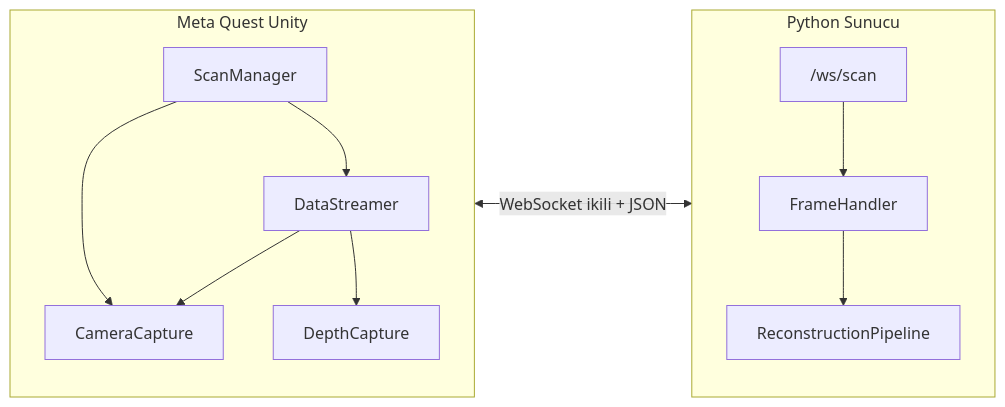
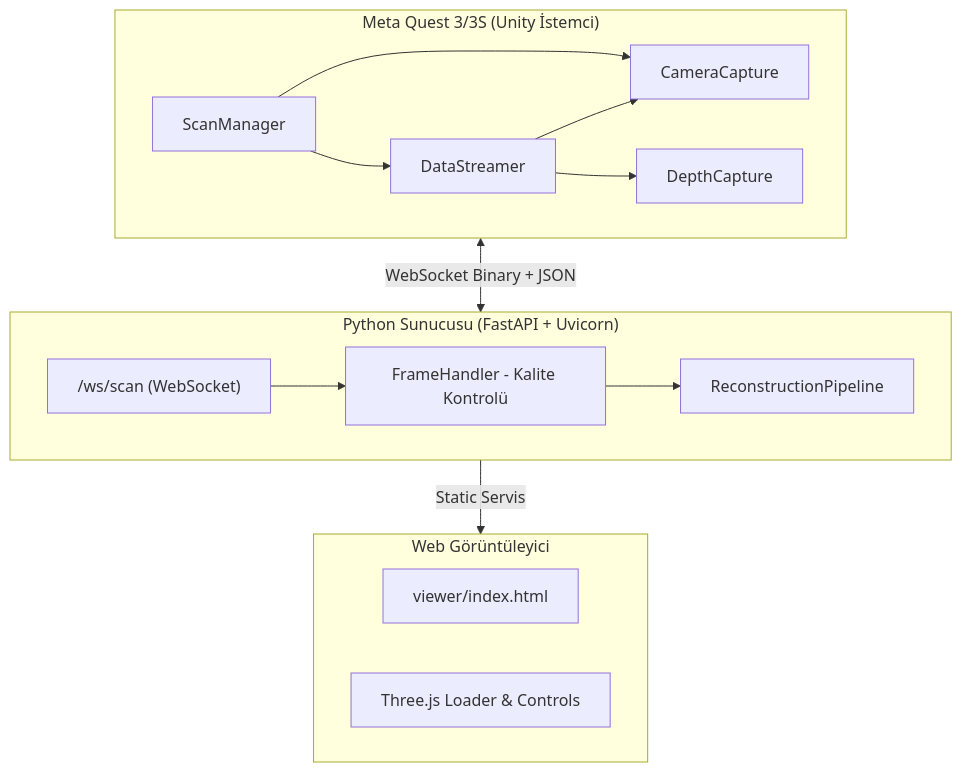
The diagram in README.md (emir01b/Meta-Quest-3d-Scan), drawn with Mermaid before and after one commit. The commit also changed other lines of this file, not shown here.

Commit message:
docs: update README with architectural details and recent fixes

````diff
--- a/README.md
+++ b/README.md
@@ -17,21 +18,31 @@
 ```mermaid
-flowchart LR
-  subgraph Quest["Meta Quest Unity"]
+flowchart TD
+  subgraph Quest["Meta Quest 3/3S (Unity İstemci)"]
     SM[ScanManager]
     CC[CameraCapture]
     DC[DepthCapture]
     DS[DataStreamer]
+    
     SM --> CC
     SM --> DS
     DS --> CC
     DS --> DC
   end
-  subgraph PC["Python Sunucu"]
-    WS["/ws/scan"]
-    FH[FrameHandler]
+  
+  subgraph PC["Python Sunucusu (FastAPI + Uvicorn)"]
+    WS["/ws/scan (WebSocket)"]
+    FH[FrameHandler - Kalite Kontrolü]
     RP[ReconstructionPipeline]
+    
     WS --> FH
     FH --> RP
   end
-  Quest <-->|WebSocket ikili + JSON| PC
+  
+  subgraph Viewer["Web Görüntüleyici"]
+    UI[viewer/index.html]
+    T3[Three.js Loader & Controls]
+  end
+
+  Quest <-->|WebSocket Binary + JSON| PC
+  PC -->|Static Servis| Viewer
 ```
````
